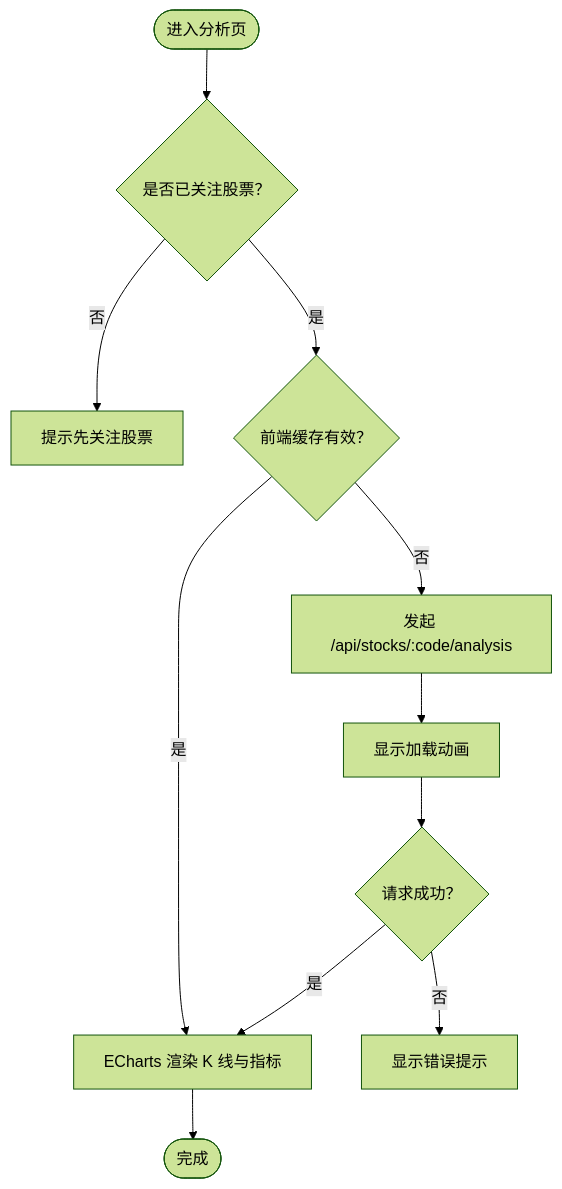
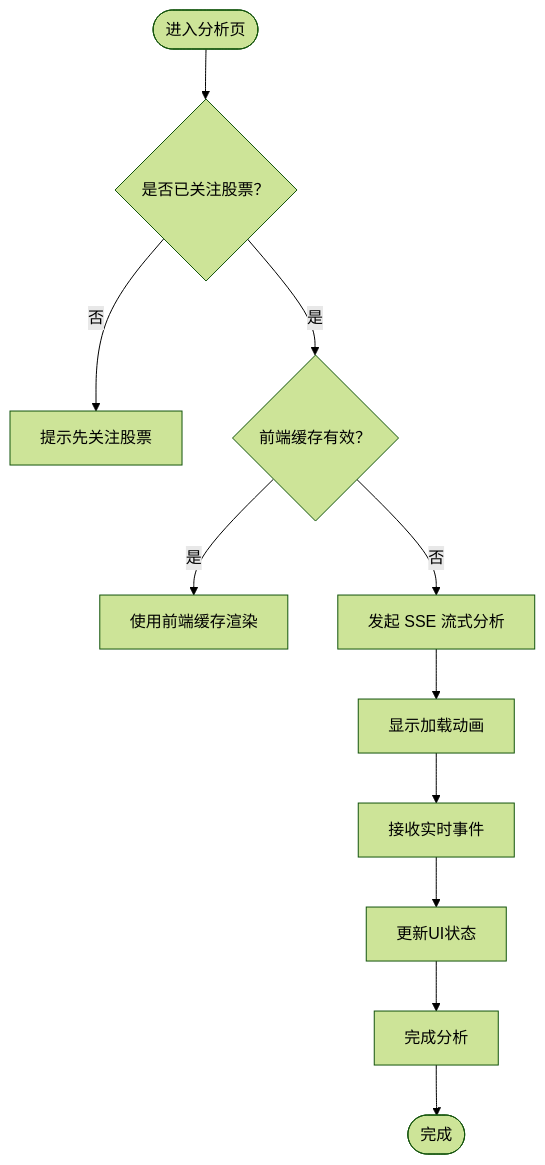
Before and after one commit to Moruime/stock_foker: the fifth of 7 diagrams in .qoder/repowiki/zh/content/部署运维/性能优化.md, drawn with Mermaid (forest theme). The commit also changed other lines of this file and 16 other files, not shown here.

````diff
--- a/.qoder/repowiki/zh/content/部署运维/性能优化.md
+++ b/.qoder/repowiki/zh/content/部署运维/性能优化.md
@@ -272,13 +293,13 @@
 ```mermaid
 flowchart TD
 Start(["进入分析页"]) --> CheckFocus{"是否已关注股票？"}
 CheckFocus --> |否| Empty["提示先关注股票"]
 CheckFocus --> |是| CheckCache{"前端缓存有效？"}
 CheckCache --> |是| Render["使用前端缓存渲染"]
-CheckCache --> |否| Fetch["发起 /api/stocks/:code/analysis"]
-Fetch --> Loading["显示加载动画"]
-Loading --> RespOK{"请求成功？"}
-RespOK --> |否| Err["显示错误提示"]
-RespOK --> |是| Render["ECharts 渲染 K 线与指标"]
-Render --> Done(["完成"])
+CheckCache --> |否| Stream["发起 SSE 流式分析"]
+Stream --> Loading["显示加载动画"]
+Loading --> SSEEvents["接收实时事件"]
+SSEEvents --> UpdateUI["更新UI状态"]
+UpdateUI --> Complete["完成分析"]
+Complete --> Done(["完成"])
 ```
````
